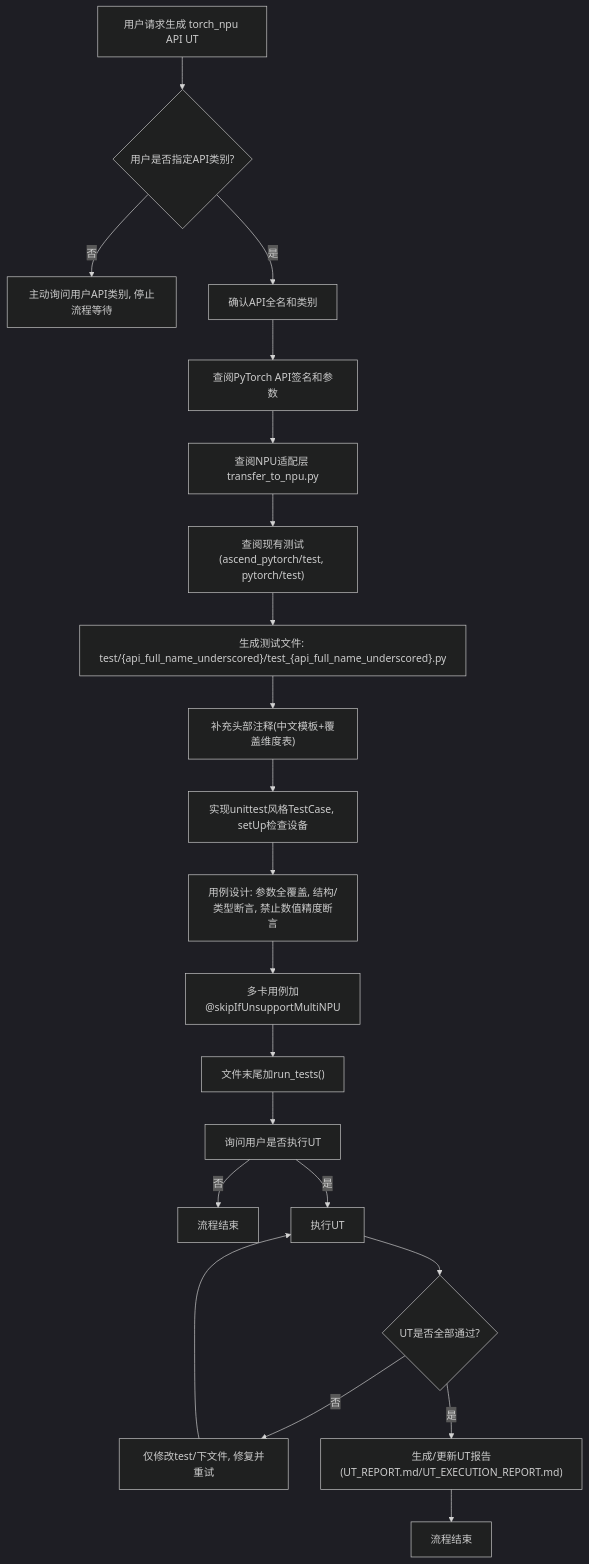
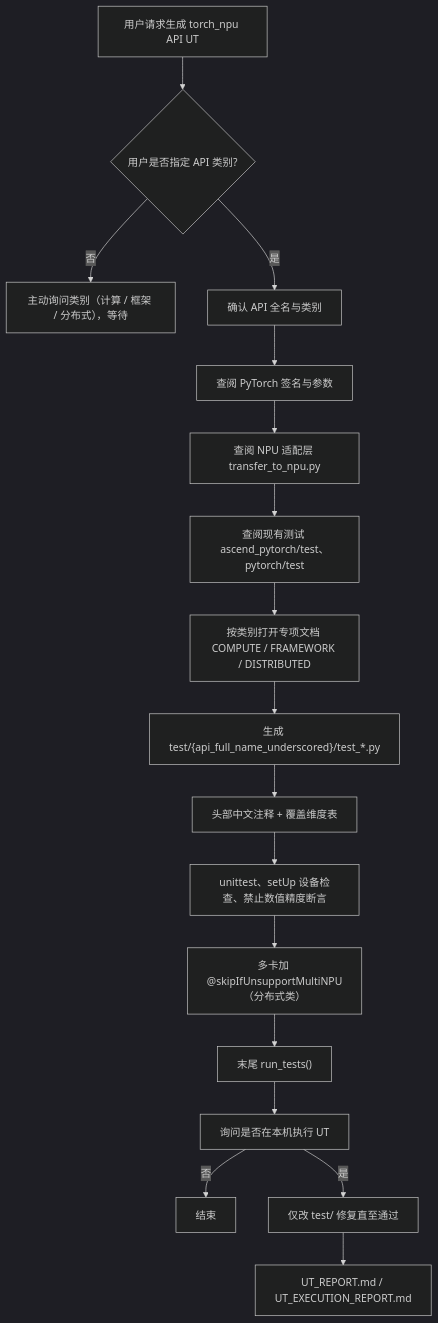
One commit to JavaZeroo/torch-distributed-ut-generator changed the diagram in README.md. Above: the diagram before and after it, drawn with Mermaid (dark theme). The commit also changed other lines of this file and 2 other files, not shown here.

First line of the commit message:
fix(git): 正确登记 pytorch/ascend_pytorch 子模块并修正 .gitignore

````diff
--- a/README.md
+++ b/README.md
@@ -3,23 +5,19 @@
 ```mermaid
 flowchart TD
-	A["用户请求生成 torch_npu API UT"] --> B{用户是否指定API类别?}
-	B -- 否 --> B1["主动询问用户API类别, 停止流程等待"]
-	B -- 是 --> C["确认API全名和类别"]
-	C --> D["查阅PyTorch API签名和参数"]
-	D --> E["查阅NPU适配层 transfer_to_npu.py"]
-	E --> F["查阅现有测试(ascend_pytorch/test, pytorch/test)"]
-	F --> G["生成测试文件: test/{api_full_name_underscored}/test_{api_full_name_underscored}.py"]
-	G --> H["补充头部注释(中文模板+覆盖维度表)"]
-	H --> I["实现unittest风格TestCase, setUp检查设备"]
-	I --> J["用例设计: 参数全覆盖, 结构/类型断言, 禁止数值精度断言"]
-	J --> K["多卡用例加@skipIfUnsupportMultiNPU"]
-	K --> L["文件末尾加run_tests()"]
-	L --> M["询问用户是否执行UT"]
-	M -- 否 --> M1["流程结束"]
-	M -- 是 --> N["执行UT"]
-	N --> O{UT是否全部通过?}
-	O -- 否 --> P["仅修改test/下文件, 修复并重试"]
-	P --> N
-	O -- 是 --> Q["生成/更新UT报告(UT_REPORT.md/UT_EXECUTION_REPORT.md)"]
-	Q --> R["流程结束"]
+	A["用户请求生成 torch_npu API UT"] --> B{用户是否指定 API 类别?}
+	B -- 否 --> B1["主动询问类别（计算 / 框架 / 分布式），等待"]
+	B -- 是 --> C["确认 API 全名与类别"]
+	C --> D["查阅 PyTorch 签名与参数"]
+	D --> E["查阅 NPU 适配层 transfer_to_npu.py"]
+	E --> F["查阅现有测试 ascend_pytorch/test、pytorch/test"]
+	F --> G["按类别打开专项文档 COMPUTE / FRAMEWORK / DISTRIBUTED"]
+	G --> H["生成 test/{api_full_name_underscored}/test_*.py"]
+	H --> I["头部中文注释 + 覆盖维度表"]
+	I --> J["unittest、setUp 设备检查、禁止数值精度断言"]
+	J --> K["多卡加 @skipIfUnsupportMultiNPU（分布式类）"]
+	K --> L["末尾 run_tests()"]
+	L --> M["询问是否在本机执行 UT"]
+	M -- 否 --> M1["结束"]
+	M -- 是 --> N["仅改 test/ 修复直至通过"]
+	N --> O["UT_REPORT.md / UT_EXECUTION_REPORT.md"]
 ```
````
